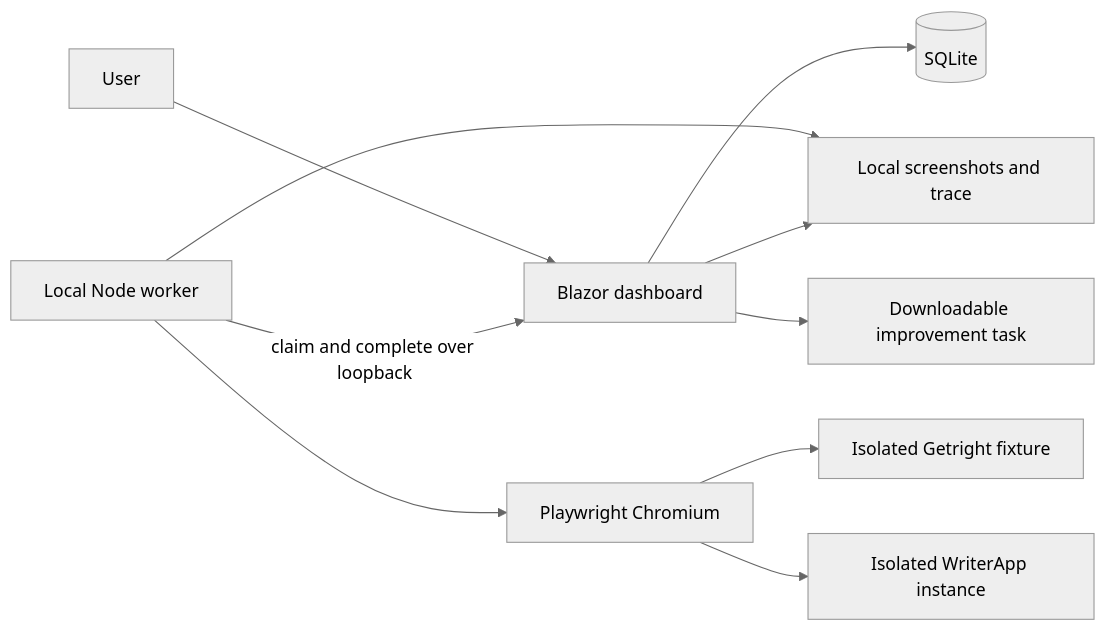
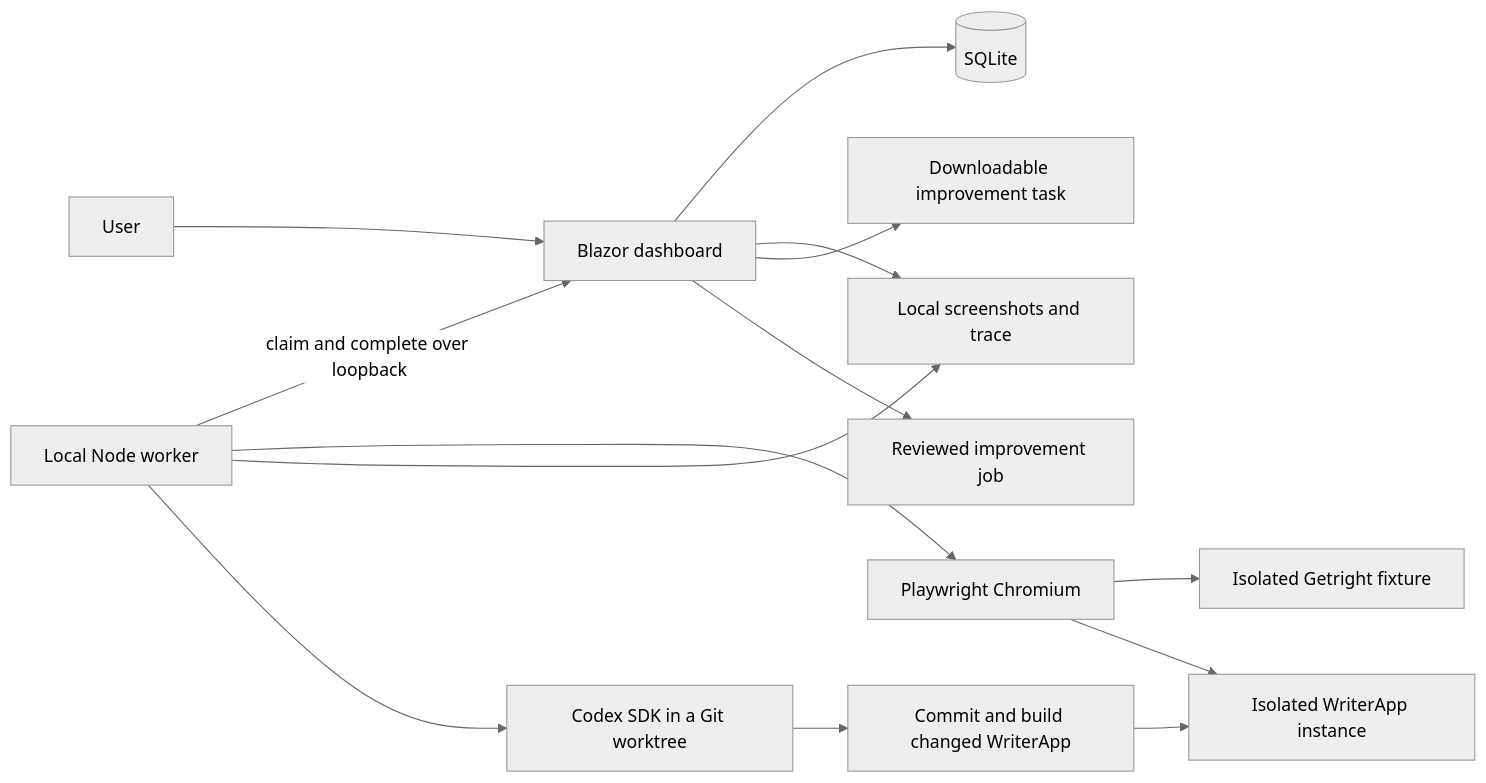
Before and after one commit to johdav999/GetRight: the diagram in docs/architecture.md, drawn with Mermaid (neutral theme). The commit also changed other lines of this file and 31 other files, not shown here.

````diff
--- a/docs/architecture.md
+++ b/docs/architecture.md
@@ -5,12 +5,16 @@
 ```mermaid
 flowchart LR
     User[User] --> Dashboard[Blazor dashboard]
     Dashboard --> Store[(SQLite)]
     Worker[Local Node worker] -->|claim and complete over loopback| Dashboard
     Worker --> Browser[Playwright Chromium]
     Browser --> Fixture[Isolated Getright fixture]
     Browser --> WriterApp[Isolated WriterApp instance]
     Worker --> Evidence[Local screenshots and trace]
     Dashboard --> Evidence
     Dashboard --> Task[Downloadable improvement task]
+    Dashboard --> Job[Reviewed improvement job]
+    Worker --> Codex[Codex SDK in a Git worktree]
+    Codex --> Build[Commit and build changed WriterApp]
+    Build --> WriterApp
 ```
````
